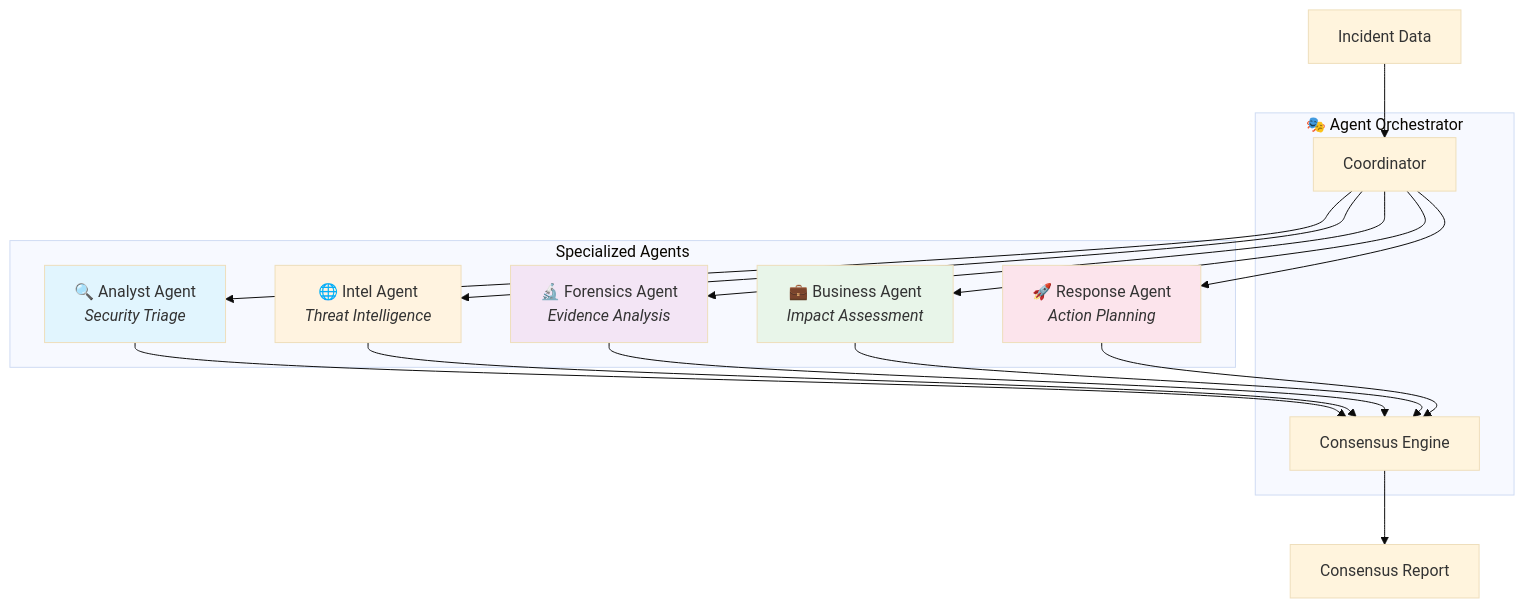
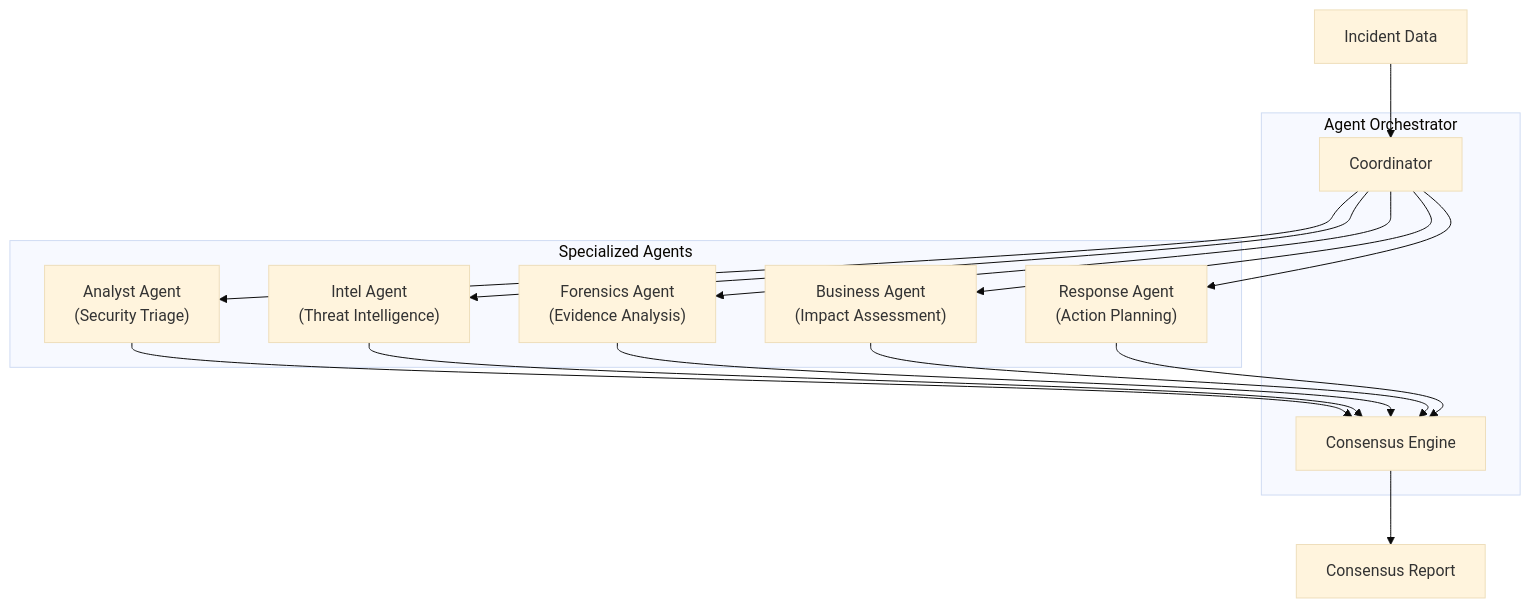
The third of 15 diagrams in README.md (Gokul-social/Horizon_Beach_Hacks), drawn with Mermaid (base theme) before and after one commit. The commit also changed other lines of this file, not shown here.

````diff
--- a/README.md
+++ b/README.md
@@ -186,26 +186,20 @@
 ```mermaid
 graph TB
-    subgraph Orchestrator["🎭 Agent Orchestrator"]
+    subgraph Orchestrator["Agent Orchestrator"]
         COORD[Coordinator]
         CONSENSUS[Consensus Engine]
     end
 
     subgraph Agents["Specialized Agents"]
-        AN["🔍 Analyst Agent<br/><i>Security Triage</i>"]
-        INT["🌐 Intel Agent<br/><i>Threat Intelligence</i>"]
-        FOR["🔬 Forensics Agent<br/><i>Evidence Analysis</i>"]
-        BUS["💼 Business Agent<br/><i>Impact Assessment</i>"]
-        RES["🚀 Response Agent<br/><i>Action Planning</i>"]
+        AN["Analyst Agent<br/>(Security Triage)"]
+        INT["Intel Agent<br/>(Threat Intelligence)"]
+        FOR["Forensics Agent<br/>(Evidence Analysis)"]
+        BUS["Business Agent<br/>(Impact Assessment)"]
+        RES["Response Agent<br/>(Action Planning)"]
     end
 
     INCIDENT[Incident Data] --> COORD
     COORD --> AN & INT & FOR & BUS & RES
     AN & INT & FOR & BUS & RES --> CONSENSUS
     CONSENSUS --> REPORT[Consensus Report]
-
-    style AN fill:#e1f5fe
-    style INT fill:#fff3e0
-    style FOR fill:#f3e5f5
-    style BUS fill:#e8f5e9
-    style RES fill:#fce4ec
 ```
````
